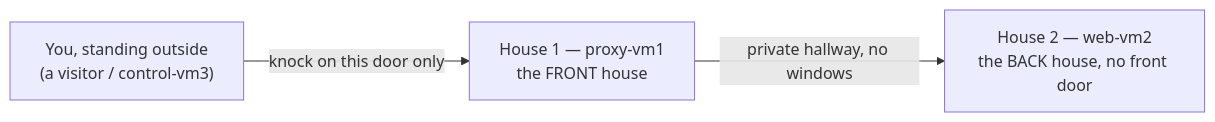
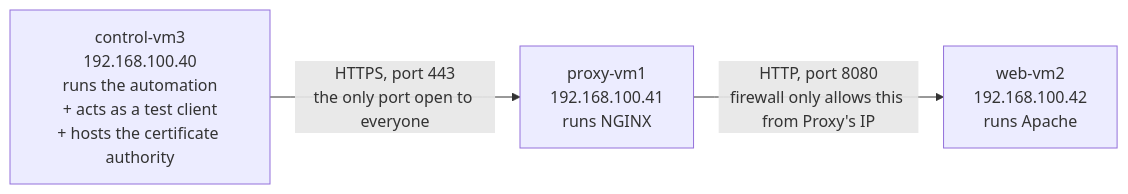
Before and after one commit to sylthecatto/airnav-notes: the diagram in AirNav DAS/Ansible - Deployment Automation/00-Simple Explanation.md, drawn with Mermaid. The commit also changed other lines of this file, not shown here.

````diff
--- a/AirNav DAS/Ansible - Deployment Automation/00-Simple Explanation.md
+++ b/AirNav DAS/Ansible - Deployment Automation/00-Simple Explanation.md
@@ -50,5 +56,9 @@
 ```mermaid
 flowchart LR
-    You["You, standing outside<br>(a visitor / control-vm3)"] -->|"knock on this door only"| House1["House 1 — proxy-vm1<br>the FRONT house"]
-    House1 -->|"private hallway, no windows"| House2["House 2 — web-vm2<br>the BACK house, no front door"]
+    Client["control-vm3<br>192.168.100.40<br>runs the automation<br>+ acts as a test client<br>+ hosts the certificate authority"]
+    Proxy["proxy-vm1<br>192.168.100.41<br>runs NGINX"]
+    Web["web-vm2<br>192.168.100.42<br>runs Apache"]
+
+    Client -->|"HTTPS, port 443<br>the only port open to everyone"| Proxy
+    Proxy -->|"HTTP, port 8080<br>firewall only allows this from Proxy's IP"| Web
 ```
````
